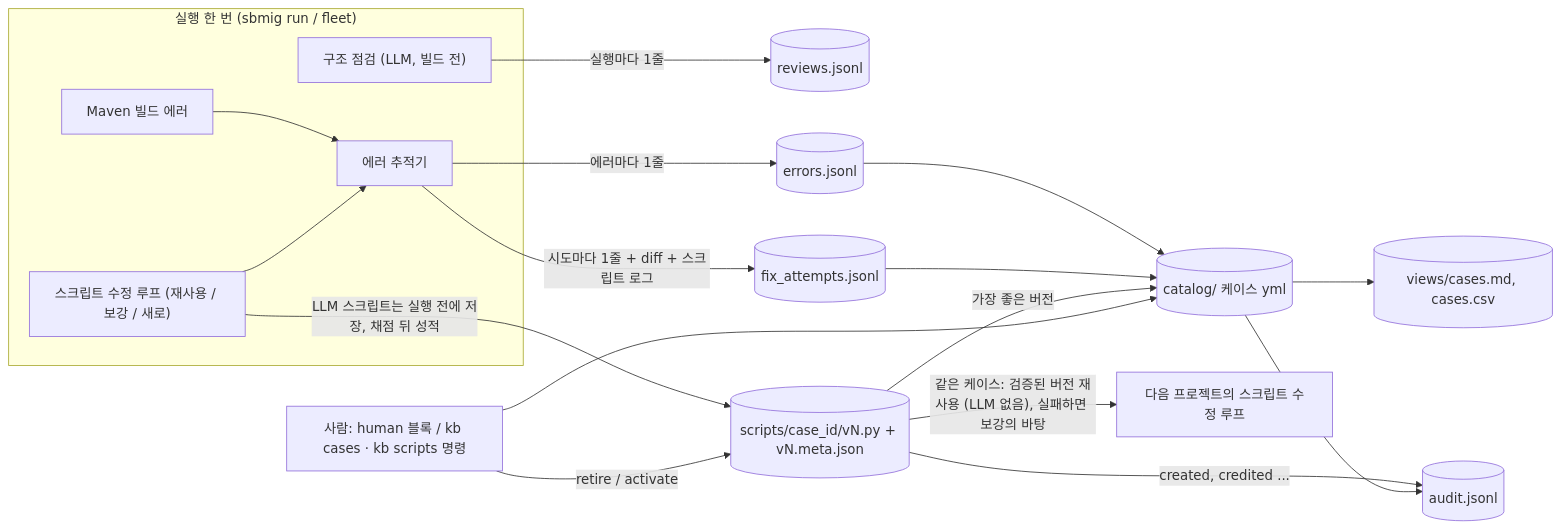
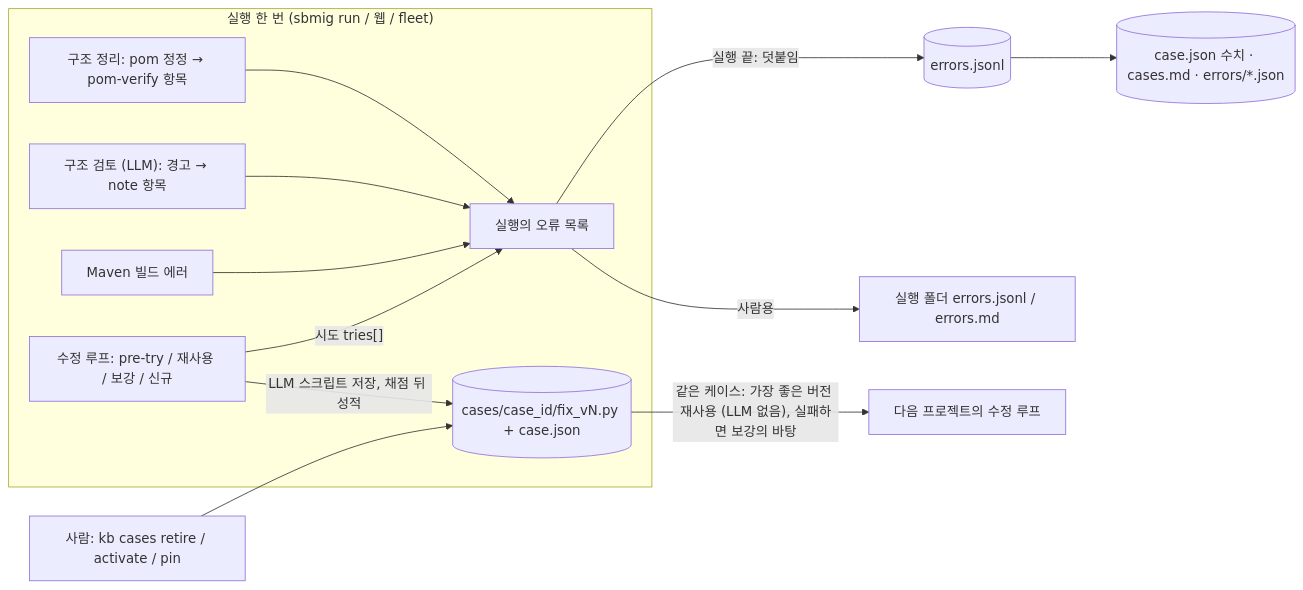
The first of 6 diagrams in docs/kb-map/kb-map.md (acandiatale/tutu), drawn with Mermaid before and after one commit. The commit also changed other lines of this file and 126 other files, not shown here.

First line of the commit message:
docs: only the deployed flow-v2 system is documented; v1-era material removed; progress checklist (user, 2026-11-11)

````diff
--- a/docs/kb-map/kb-map.md
+++ b/docs/kb-map/kb-map.md
@@ -107,21 +72,15 @@
 ```mermaid
 flowchart LR
-  subgraph RUN["실행 한 번 (sbmig run / fleet)"]
-    REVIEW["구조 점검 (LLM, 빌드 전)"]
-    BUILD["Maven 빌드 에러"] --> TRACK["에러 추적기"]
-    LOOP["스크립트 수정 루프 (재사용 / 보강 / 새로)"] --> TRACK
+  subgraph RUN["실행 한 번 (sbmig run / 웹 / fleet)"]
+    RS["구조 정리: pom 정정 → pom-verify 항목"] --> LIST["실행의 오류 목록"]
+    RV["구조 검토 (LLM): 경고 → note 항목"] --> LIST
+    BUILD["Maven 빌드 에러"] --> LIST
+    LOOP["수정 루프: pre-try / 재사용 / 보강 / 신규"] -->|"시도 tries[]"| LIST
+    LOOP -->|"LLM 스크립트 저장, 채점 뒤 성적"| SCR[("cases/case_id/fix_vN.py + case.json")]
   end
-  REVIEW -->|"실행마다 1줄"| REV[("reviews.jsonl")]
-  TRACK -->|"에러마다 1줄"| ERR[("errors.jsonl")]
-  TRACK -->|"시도마다 1줄 + diff + 스크립트 로그"| ATT[("fix_attempts.jsonl")]
-  LOOP -->|"LLM 스크립트는 실행 전에 저장, 채점 뒤 성적"| SCR[("scripts/case_id/vN.py + vN.meta.json")]
-  SCR -->|"created, credited ..."| AUD[("audit.jsonl")]
-  ERR --> CAT[("catalog/ 케이스 yml")]
-  ATT --> CAT
-  SCR -->|"가장 좋은 버전"| CAT
-  CAT --> VIEW[("views/cases.md, cases.csv")]
-  HUMAN["사람: human 블록 / kb cases · kb scripts 명령"] --> CAT
-  HUMAN -->|"retire / activate"| SCR
-  CAT --> AUD
-  SCR -->|"같은 케이스: 검증된 버전 재사용 (LLM 없음), 실패하면 보강의 바탕"| NEXT["다음 프로젝트의 스크립트 수정 루프"]
+  LIST -->|"실행 끝: 덧붙임"| ERR[("errors.jsonl")]
+  LIST -->|"사람용"| RUNMD["실행 폴더 errors.jsonl / errors.md"]
+  ERR --> CJ[("case.json 수치 · cases.md · errors/*.json")]
+  HUMAN["사람: kb cases retire / activate / pin"] --> SCR
+  SCR -->|"같은 케이스: 가장 좋은 버전 재사용 (LLM 없음), 실패하면 보강의 바탕"| NEXT["다음 프로젝트의 수정 루프"]
 ```
````
